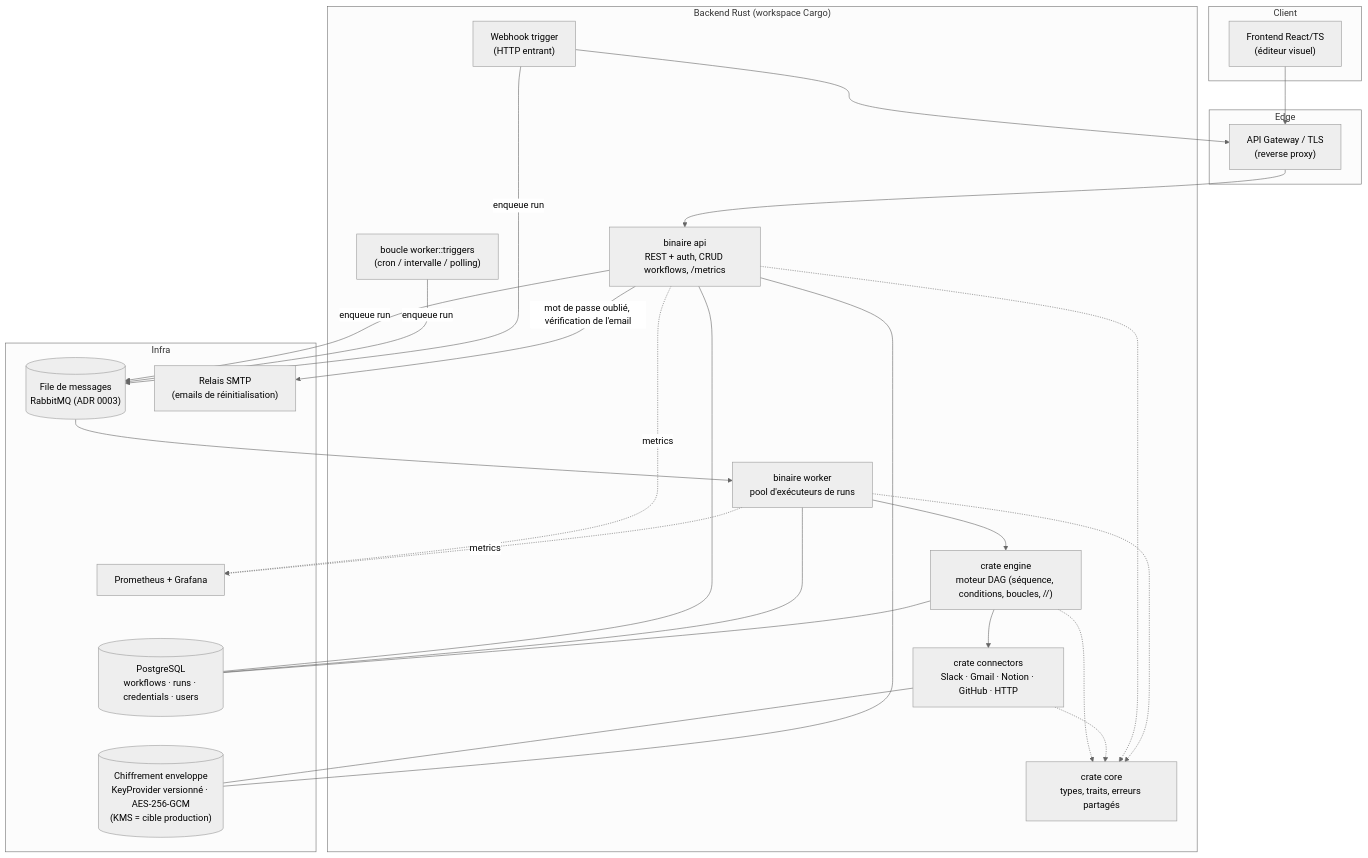
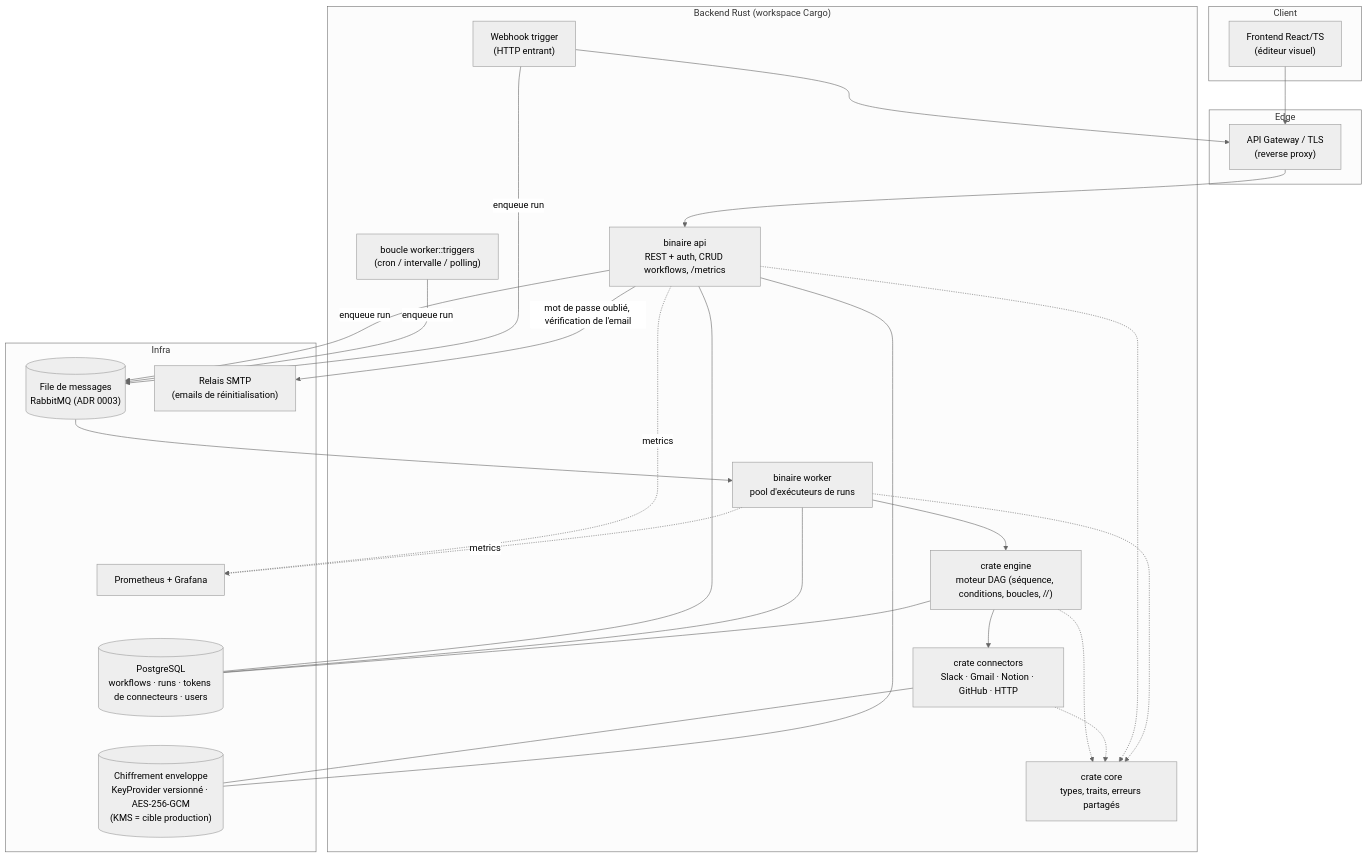
One commit to TheDarkMac/autome changed the first of 5 diagrams in docs/ARCHITECTURE.md. Above: the diagram before and after it, drawn with Mermaid (neutral theme). The commit also changed 2 other files, not shown here.

Commit message:
docs: table credentials supprimée (ADR 0004, ARCHITECTURE, INSTALLATION) (#251) [backlog-drop-credentials]

````diff
--- a/docs/ARCHITECTURE.md
+++ b/docs/ARCHITECTURE.md
@@ -45,48 +45,48 @@
 ```mermaid
 flowchart TB
   subgraph Client
     UI["Frontend React/TS<br/>(éditeur visuel)"]
   end
 
   subgraph Edge
     GW["API Gateway / TLS<br/>(reverse proxy)"]
   end
 
   subgraph Backend["Backend Rust (workspace Cargo)"]
     API["binaire api<br/>REST + auth, CRUD workflows, /metrics"]
     SCHED["boucle worker::triggers<br/>(cron / intervalle / polling)"]
     WHK["Webhook trigger<br/>(HTTP entrant)"]
     WK["binaire worker<br/>pool d'exécuteurs de runs"]
     ENG["crate engine<br/>moteur DAG (séquence, conditions, boucles, //)"]
     CONN["crate connectors<br/>Slack · Gmail · Notion · GitHub · HTTP"]
     CORE["crate core<br/>types, traits, erreurs partagés"]
   end
 
   subgraph Infra
     Q[("File de messages<br/>RabbitMQ (ADR 0003)")]
-    DB[("PostgreSQL<br/>workflows · runs · credentials · users")]
+    DB[("PostgreSQL<br/>workflows · runs · tokens de connecteurs · users")]
     SEC[("Chiffrement enveloppe<br/>KeyProvider versionné · AES-256-GCM<br/>(KMS = cible production)")]
     OBS["Prometheus + Grafana"]
     SMTP["Relais SMTP<br/>(emails de réinitialisation)"]
   end
 
   UI --> GW --> API
   WHK --> GW
   API -->|enqueue run| Q
   SCHED -->|enqueue run| Q
   WHK -->|enqueue run| Q
   Q --> WK
   WK --> ENG
   ENG --> CONN
   API --- DB
   WK --- DB
   ENG --- DB
   CONN --- SEC
   API --- SEC
   API -->|mot de passe oublié, vérification de l'email| SMTP
   API & WK -.metrics.-> OBS
   ENG -.-> CORE
   CONN -.-> CORE
   API -.-> CORE
   WK -.-> CORE
 ```
````
